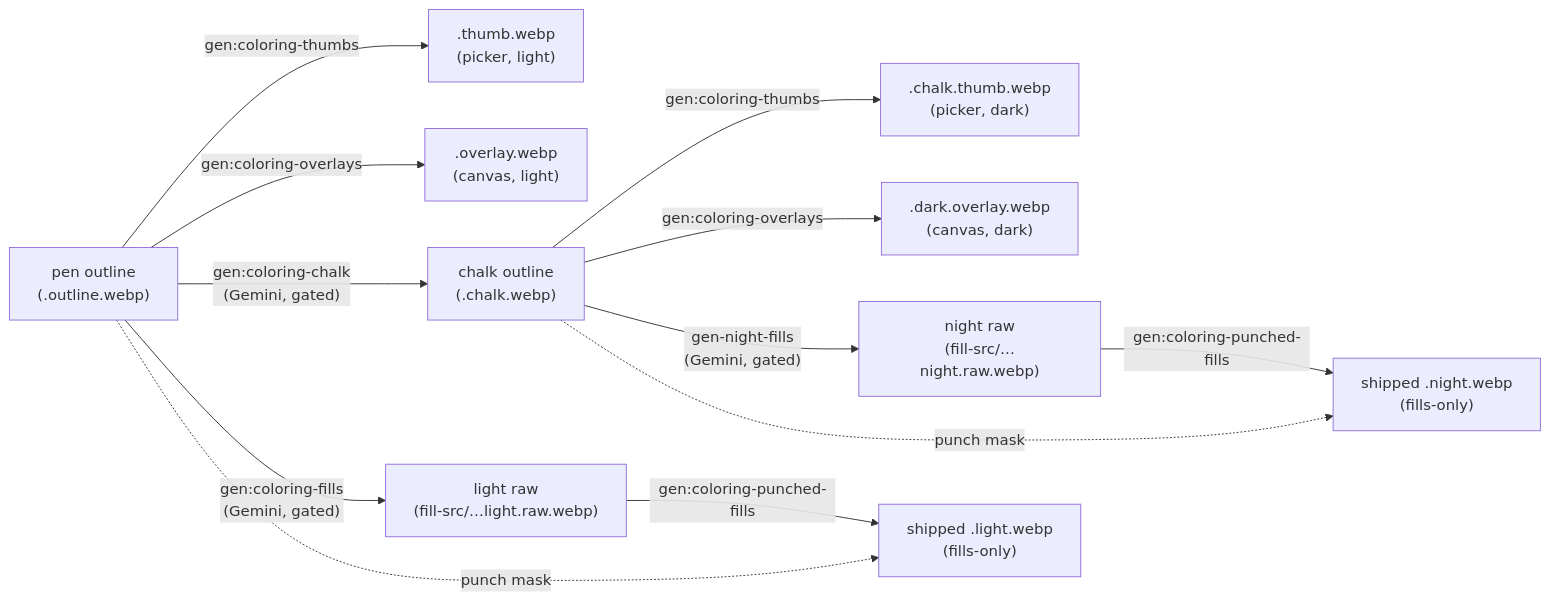
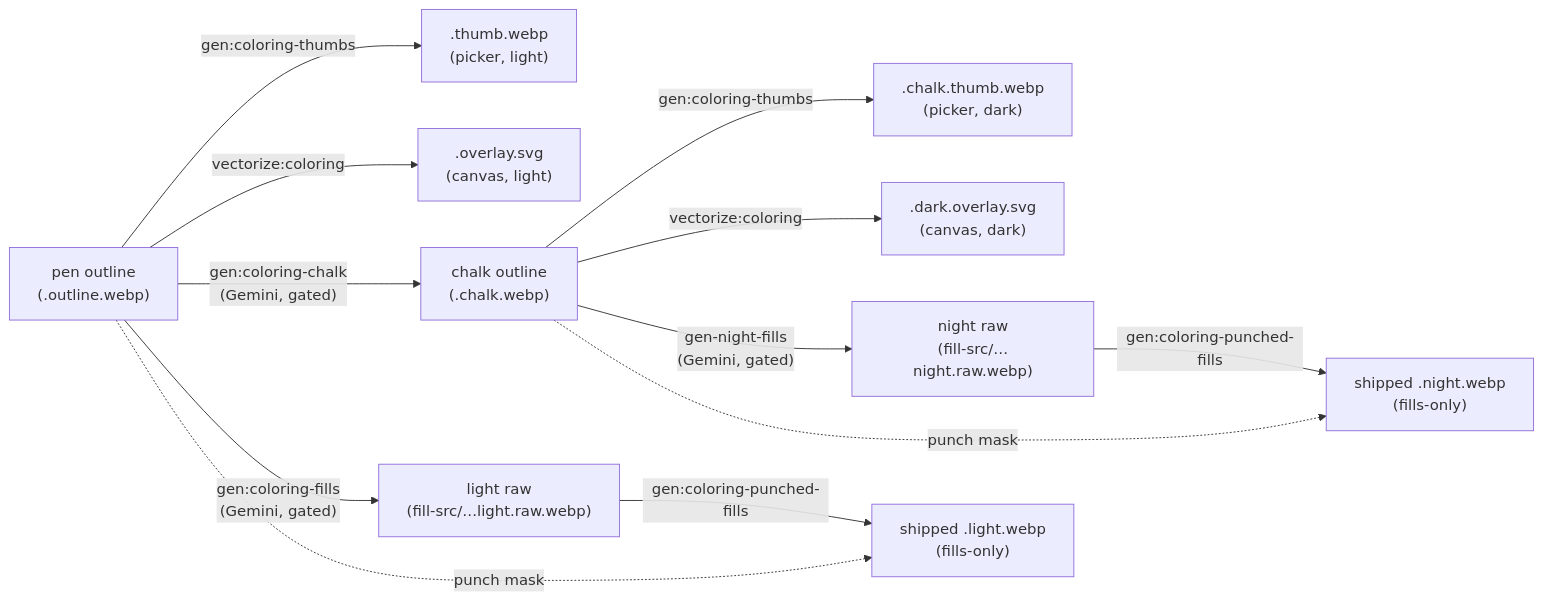
The diagram in tools/asset-gen/docs/pipeline.md (KyleMit/Splotch), drawn with Mermaid before and after one commit. The commit also changed other lines of this file and 60 other files, not shown here.

Commit message:
Complete dark coloring overlay catalog

````diff
--- a/tools/asset-gen/docs/pipeline.md
+++ b/tools/asset-gen/docs/pipeline.md
@@ -20,14 +20,14 @@
 ```mermaid
 flowchart LR
     O["pen outline<br/>(.outline.webp)"] -->|gen:coloring-thumbs| T[".thumb.webp<br/>(picker, light)"]
-    O -->|gen:coloring-overlays| PO[".overlay.webp<br/>(canvas, light)"]
+    O -->|vectorize:coloring| PO[".overlay.svg<br/>(canvas, light)"]
     O -->|"gen:coloring-chalk<br/>(Gemini, gated)"| C["chalk outline<br/>(.chalk.webp)"]
     C -->|gen:coloring-thumbs| CT[".chalk.thumb.webp<br/>(picker, dark)"]
-    C -->|gen:coloring-overlays| CO[".dark.overlay.webp<br/>(canvas, dark)"]
+    C -->|vectorize:coloring| CO[".dark.overlay.svg<br/>(canvas, dark)"]
     O -->|"gen:coloring-fills<br/>(Gemini, gated)"| LR2["light raw<br/>(fill-src/…light.raw.webp)"]
     C -->|"gen-night-fills<br/>(Gemini, gated)"| NR["night raw<br/>(fill-src/…night.raw.webp)"]
     LR2 -->|gen:coloring-punched-fills| LS["shipped .light.webp<br/>(fills-only)"]
     NR -->|gen:coloring-punched-fills| NS["shipped .night.webp<br/>(fills-only)"]
     O -.->|"punch mask"| LS
     C -.->|"punch mask"| NS
 ```
````
